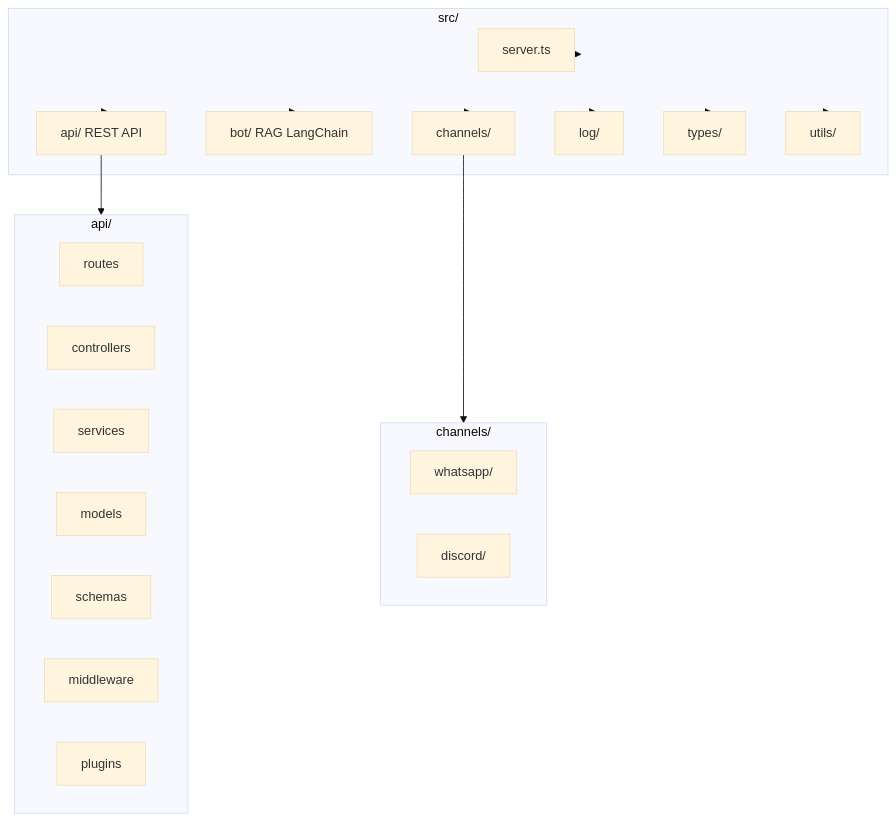
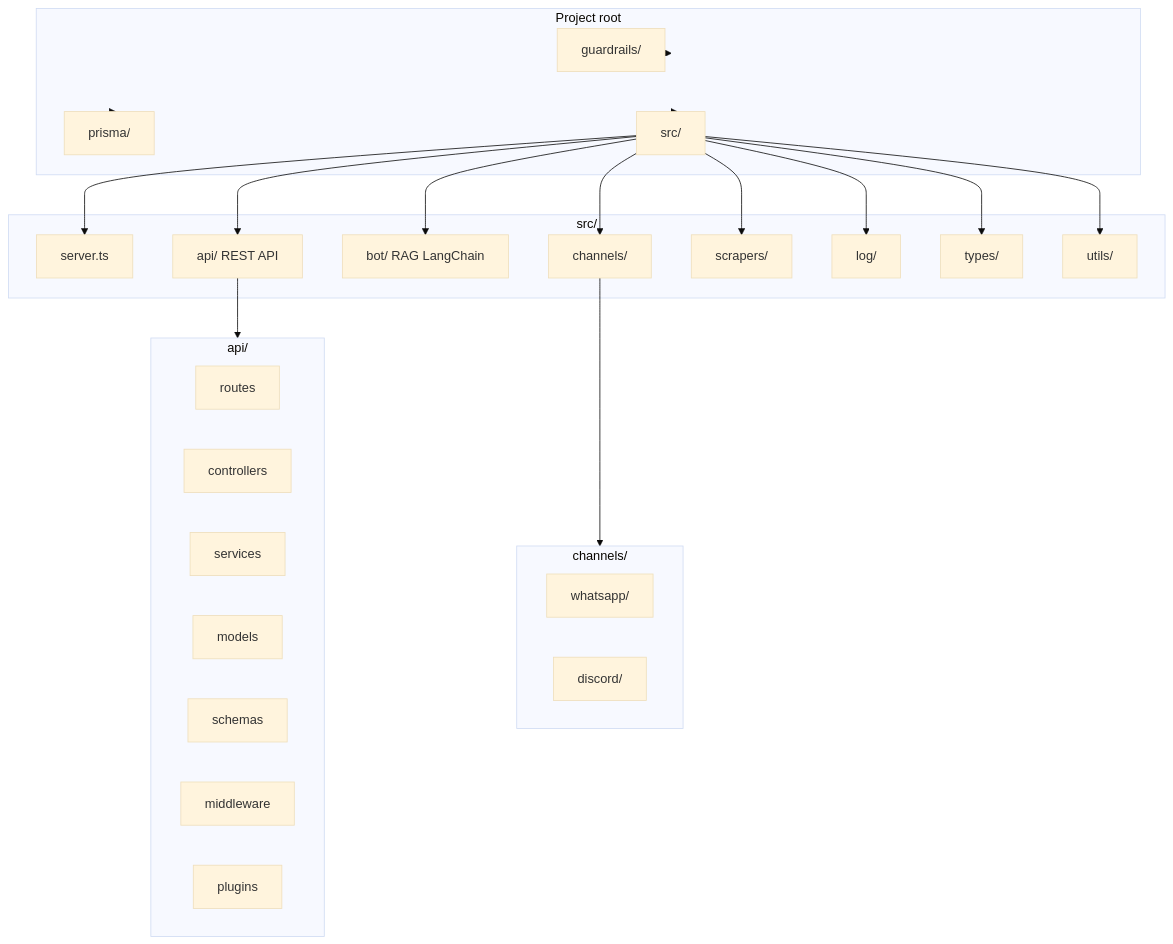
One commit to sorocode-comunidade/swanytello changed the second of 3 diagrams in README.md. Above: the diagram before and after it, drawn with Mermaid (base theme). The commit also changed other lines of this file and 10 other files, not shown here.

````diff
--- a/README.md
+++ b/README.md
@@ -75,37 +83,48 @@
 ```mermaid
 flowchart TB
-  subgraph src [src/]
+  subgraph root [Project root]
+    guardrails[guardrails/]
+    prisma_root[prisma/]
+    src[src/]
+  end
+
+  subgraph src_content [src/]
     server[server.ts]
     api[api/ REST API]
     bot[bot/ RAG LangChain]
     channels[channels/]
+    scrapers[scrapers/]
     log[log/]
     types[types/]
     utils[utils/]
   end
 
   subgraph api_detail [api/]
     routes[routes]
     controllers[controllers]
     services[services]
     models[models]
     schemas[schemas]
     middleware[middleware]
     plugins[plugins]
   end
 
   subgraph channels_detail [channels/]
     whatsapp[whatsapp/]
     discord[discord/]
   end
 
+  root --> guardrails
+  root --> prisma_root
+  root --> src
   src --> server
   src --> api
   src --> bot
   src --> channels
+  src --> scrapers
   src --> log
   src --> types
   src --> utils
   api --> api_detail
   channels --> channels_detail
 ```
````
